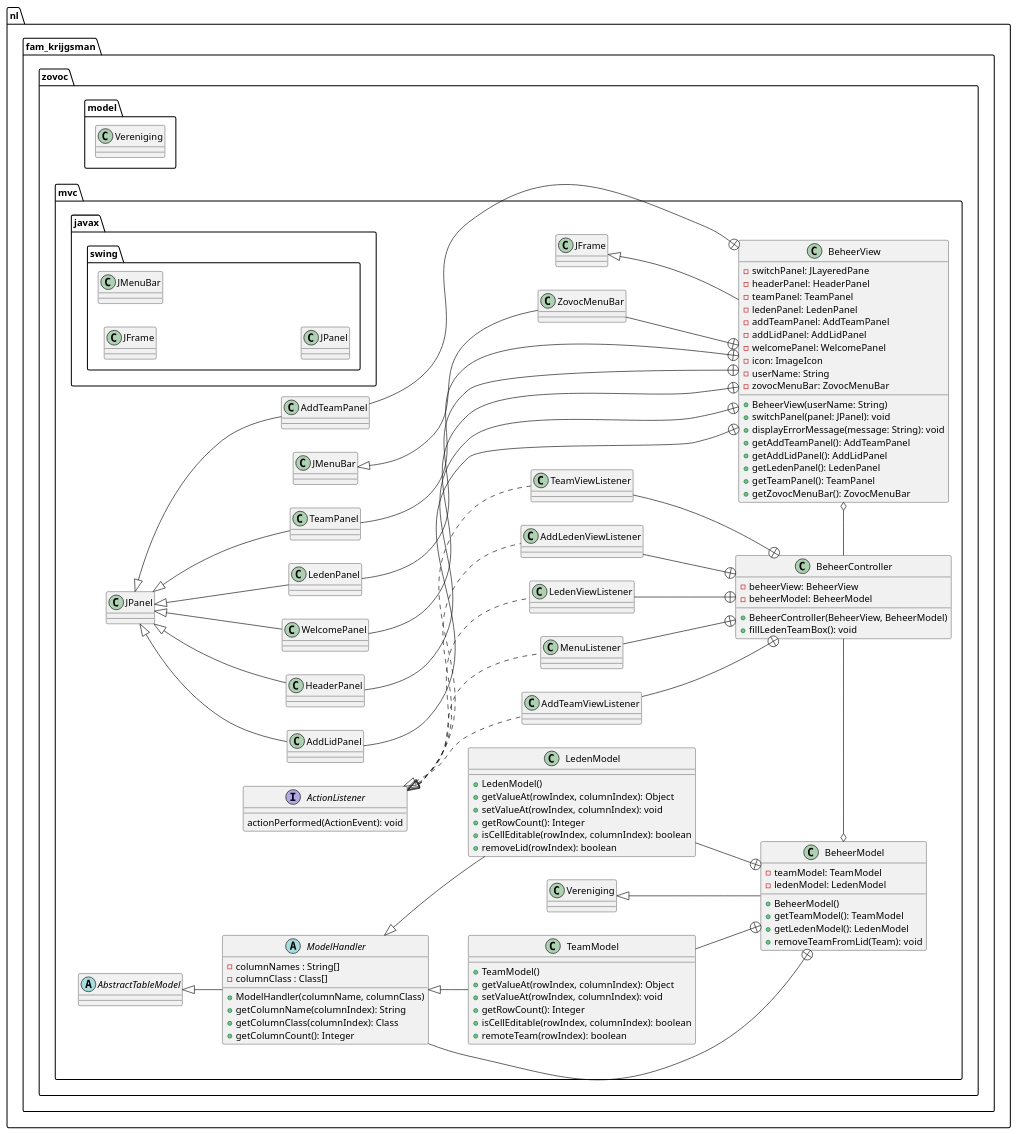
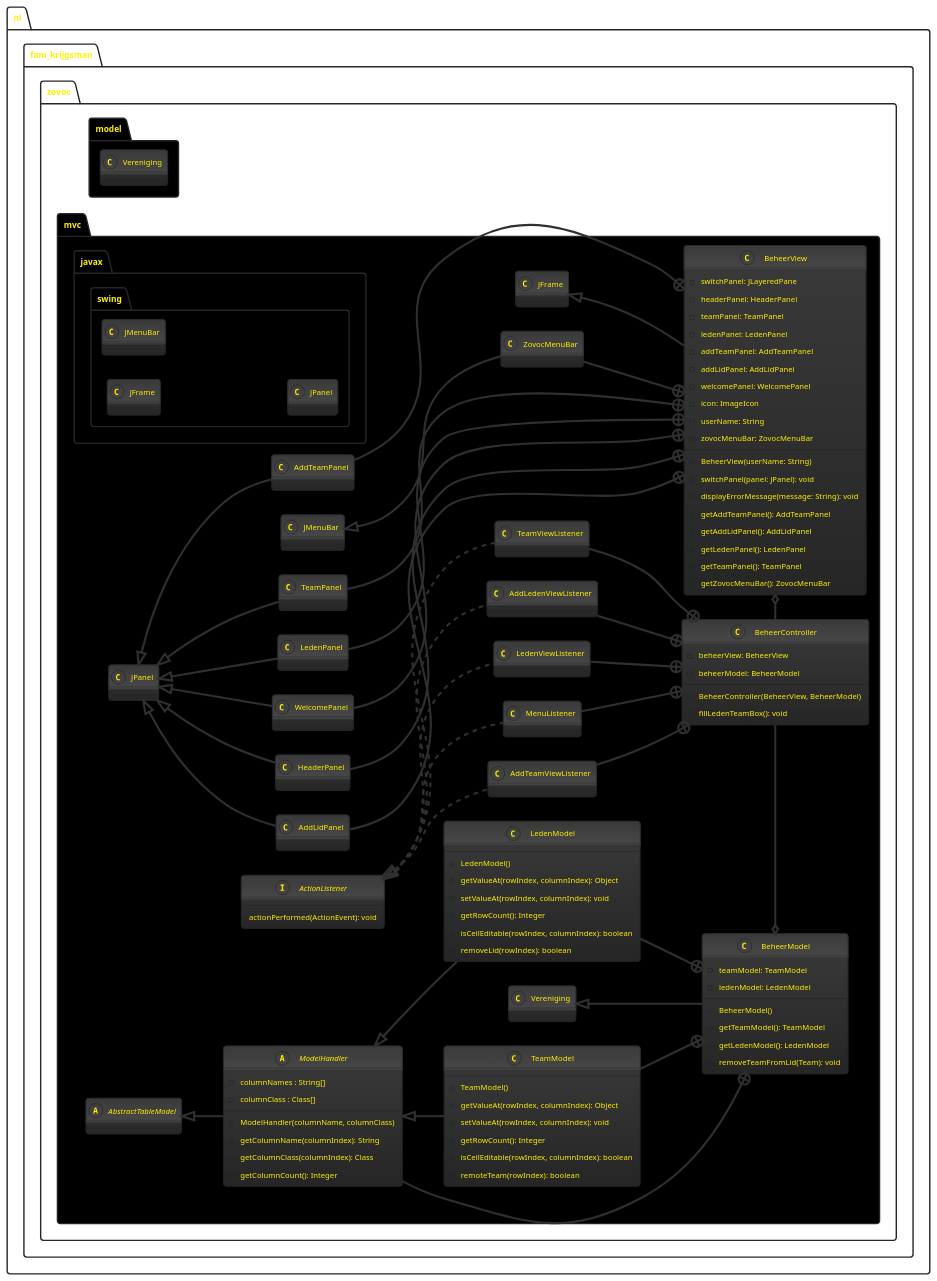
One commit to kaasszje/Zovoc-Leden-Beheer changed the diagram in Docs/mvc.Beheer.puml. Above: the diagram before and after it, drawn with PlantUML. The commit also changed 2 other files, not shown here.

```diff
--- a/Docs/mvc.Beheer.puml
+++ b/Docs/mvc.Beheer.puml
@@ -1,130 +1,131 @@
 @startuml
 'https://plantuml.com/class-diagram
 left to right direction
+!theme black-knight
 
-Package nl.fam_krijgsman.zovoc.model {
+Package nl.fam_krijgsman.zovoc.model #000000{
 class Vereniging
 }
 
-Package nl.fam_krijgsman.zovoc.mvc {
-Package javax.swing {
+Package nl.fam_krijgsman.zovoc.mvc #000000{
+Package javax.swing{
     class JFrame
     class JMenuBar
     class JPanel
 }
 
 class BeheerModel extends Vereniging {
     - teamModel: TeamModel
     - ledenModel: LedenModel
     + BeheerModel()
     + getTeamModel(): TeamModel
     + getLedenModel(): LedenModel
     + removeTeamFromLid(Team): void
 }
 
 class TeamModel extends ModelHandler {
     + TeamModel()
     + getValueAt(rowIndex, columnIndex): Object
     + setValueAt(rowIndex, columnIndex): void
     + getRowCount(): Integer
     + isCellEditable(rowIndex, columnIndex): boolean
     + remoteTeam(rowIndex): boolean
 }
 
 class LedenModel extends ModelHandler {
     + LedenModel()
     + getValueAt(rowIndex, columnIndex): Object
     + setValueAt(rowIndex, columnIndex): void
     + getRowCount(): Integer
     + isCellEditable(rowIndex, columnIndex): boolean
     + removeLid(rowIndex): boolean
 }
 
 abstract class ModelHandler extends AbstractTableModel {
     - columnNames : String[]
     - columnClass : Class[]
     + ModelHandler(columnName, columnClass)
     + getColumnName(columnIndex): String
     + getColumnClass(columnIndex): Class
     + getColumnCount(): Integer
 }
 
 abstract class AbstractTableModel
 
 class BeheerView extends JFrame {
     - switchPanel: JLayeredPane
     - headerPanel: HeaderPanel
     - teamPanel: TeamPanel
     - ledenPanel: LedenPanel
     - addTeamPanel: AddTeamPanel
     - addLidPanel: AddLidPanel
     - welcomePanel: WelcomePanel
     - icon: ImageIcon
     - userName: String
     - zovocMenuBar: ZovocMenuBar
     + BeheerView(userName: String)
     + switchPanel(panel: JPanel): void
     + displayErrorMessage(message: String): void
     + getAddTeamPanel(): AddTeamPanel
     + getAddLidPanel(): AddLidPanel
     + getLedenPanel(): LedenPanel
     + getTeamPanel(): TeamPanel
     + getZovocMenuBar(): ZovocMenuBar
 }
 
 class BeheerController {
     - beheerView: BeheerView
     - beheerModel: BeheerModel
     + BeheerController(BeheerView, BeheerModel)
     + fillLedenTeamBox(): void
 }
 
 'Beheerview
 class ZovocMenuBar extends JMenuBar
 class HeaderPanel extends JPanel
 class WelcomePanel extends JPanel
 class LedenPanel extends JPanel
 class TeamPanel extends JPanel
 class AddTeamPanel extends JPanel
 class AddLidPanel extends JPanel
 
 'BeheerController
 interface ActionListener {
     actionPerformed(ActionEvent): void
 }
 class MenuListener implements ActionListener
 class LedenViewListener implements ActionListener
 class AddLedenViewListener implements ActionListener
 class TeamViewListener implements ActionListener
 class AddTeamViewListener implements ActionListener
 
 
 'interne Beheermodel classes
 TeamModel --+ BeheerModel
 LedenModel --+ BeheerModel
 ModelHandler --+ BeheerModel
 
 'interne Beheerview classes
 ZovocMenuBar --+ BeheerView
 HeaderPanel --+ BeheerView
 WelcomePanel --+ BeheerView
 LedenPanel ---+ BeheerView
 TeamPanel ---+ BeheerView
 AddTeamPanel ---+ BeheerView
 AddLidPanel ---+ BeheerView
 
 'interne Beheercontroller classes
 MenuListener --+ BeheerController
 LedenViewListener --+ BeheerController
 AddLedenViewListener --+ BeheerController
 TeamViewListener --+ BeheerController
 AddTeamViewListener --+ BeheerController
 
 BeheerController -o BeheerView
 BeheerModel o- BeheerController
 
 }
 
 
 
 @enduml
```
